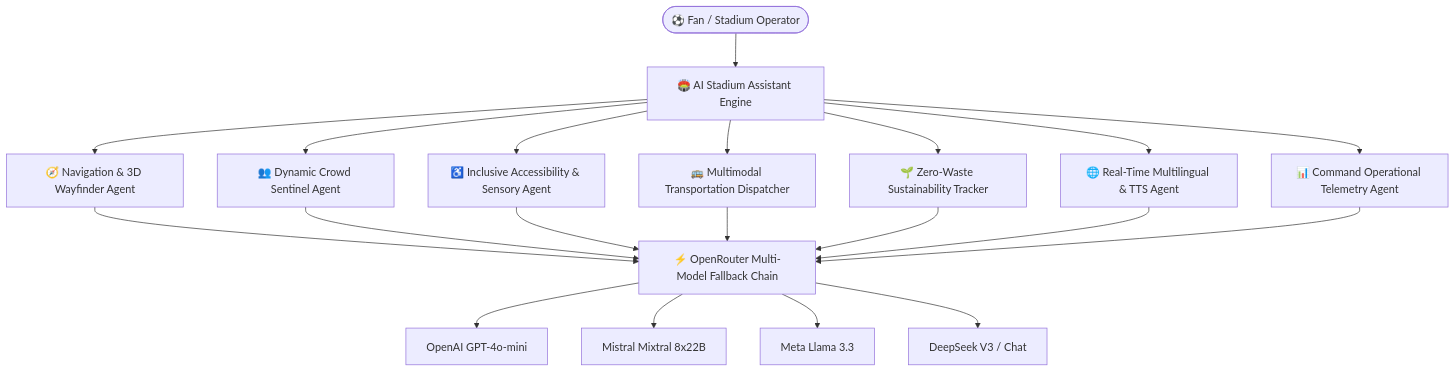
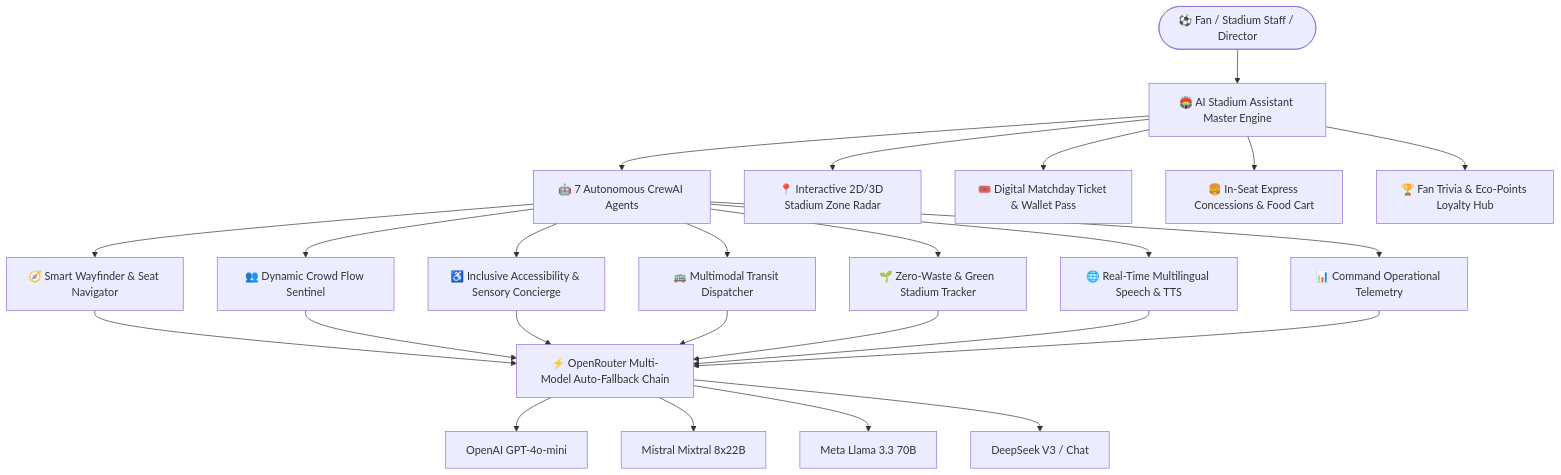
Before and after one commit to alokinfo30/Stadium-AI: the diagram in README.md, drawn with Mermaid. The commit also changed other lines of this file and 6 other files, not shown here.

Commit message:
feat(world-class): deliver top-tier FIFA World Cup 2026 AI Stadium Platform with 5 interactive hubs, Ticket Wallet, Food Ordering, Trivia, and Voice AI

````diff
--- a/README.md
+++ b/README.md
@@ -29,25 +29,31 @@
 ```mermaid
 graph TD
-    User([⚽ Fan / Stadium Operator]) --> Hub[🏟️ AI Stadium Assistant Engine]
+    User([⚽ Fan / Stadium Staff / Director]) --> Hub[🏟️ AI Stadium Assistant Master Engine]
     
-    Hub --> Nav[🧭 Navigation & 3D Wayfinder Agent]
-    Hub --> Crowd[👥 Dynamic Crowd Sentinel Agent]
-    Hub --> Access[♿ Inclusive Accessibility & Sensory Agent]
-    Hub --> Transit[🚌 Multimodal Transportation Dispatcher]
-    Hub --> Green[🌱 Zero-Waste Sustainability Tracker]
-    Hub --> Voice[🌐 Real-Time Multilingual & TTS Agent]
-    Hub --> Ops[📊 Command Operational Telemetry Agent]
+    Hub --> Tab1[🤖 7 Autonomous CrewAI Agents]
+    Hub --> Tab2[📍 Interactive 2D/3D Stadium Zone Radar]
+    Hub --> Tab3[🎟️ Digital Matchday Ticket & Wallet Pass]
+    Hub --> Tab4[🍔 In-Seat Express Concessions & Food Cart]
+    Hub --> Tab5[🏆 Fan Trivia & Eco-Points Loyalty Hub]
     
-    Nav --> Models[⚡ OpenRouter Multi-Model Fallback Chain]
+    Tab1 --> Nav[🧭 Smart Wayfinder & Seat Navigator]
+    Tab1 --> Crowd[👥 Dynamic Crowd Flow Sentinel]
+    Tab1 --> Access[♿ Inclusive Accessibility & Sensory Concierge]
+    Tab1 --> Transit[🚌 Multimodal Transit Dispatcher]
+    Tab1 --> Green[🌱 Zero-Waste & Green Stadium Tracker]
+    Tab1 --> Voice[🌐 Real-Time Multilingual Speech & TTS]
+    Tab1 --> Ops[📊 Command Operational Telemetry]
+    
+    Nav --> Models[⚡ OpenRouter Multi-Model Auto-Fallback Chain]
     Crowd --> Models
     Access --> Models
     Transit --> Models
     Green --> Models
     Voice --> Models
     Ops --> Models
     
     Models --> GPT[OpenAI GPT-4o-mini]
     Models --> Mistral[Mistral Mixtral 8x22B]
-    Models --> Llama[Meta Llama 3.3]
+    Models --> Llama[Meta Llama 3.3 70B]
     Models --> DeepSeek[DeepSeek V3 / Chat]
 ```
````
